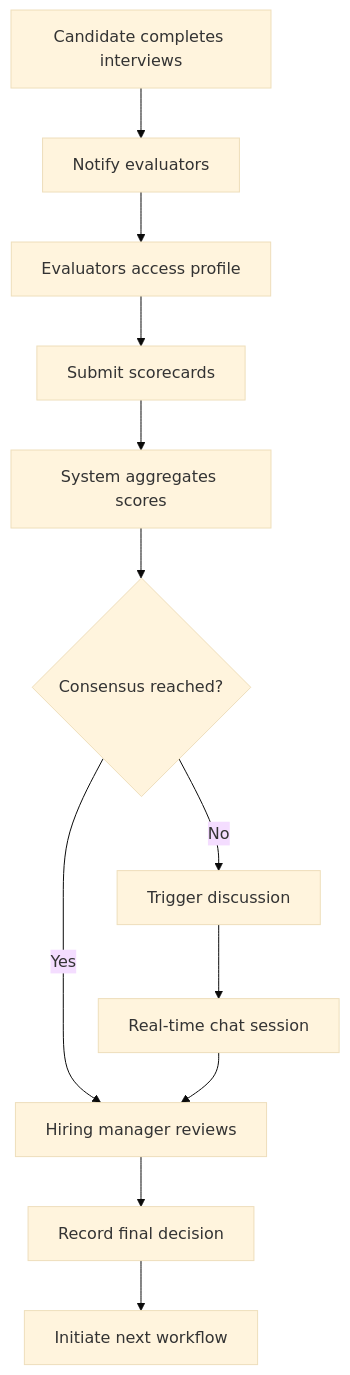
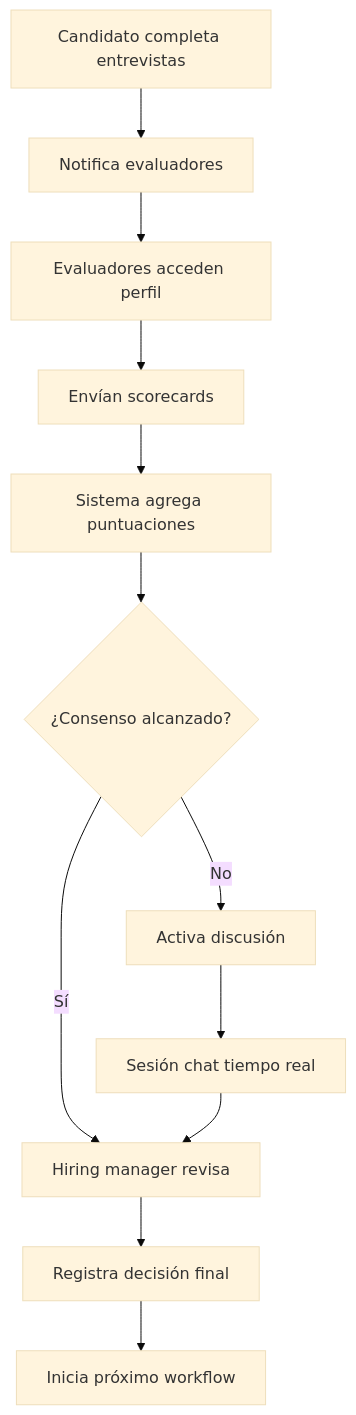
One commit to herman-aukera/AI4Devs-design-1-RO-1 changed the third of 8 diagrams in LTI-GG/LTI-GG.md. Above: the diagram before and after it, drawn with Mermaid (base theme). The commit also changed other lines of this file and 1 other file, not shown here.

First line of the commit message:
docs: finalize academic design exercise for LTI-GG system

````diff
--- a/LTI-GG/LTI-GG.md
+++ b/LTI-GG/LTI-GG.md
@@ -223,14 +193,14 @@
 ```mermaid
 graph TD
-    A[Candidate completes interviews] --> B[Notify evaluators]
-    B --> C[Evaluators access profile]
-    C --> D[Submit scorecards]
-    D --> E[System aggregates scores]
-    E --> F{Consensus reached?}
-    F -->|Yes| G[Hiring manager reviews]
-    F -->|No| H[Trigger discussion]
-    H --> I[Real-time chat session]
+    A[Candidato completa entrevistas] --> B[Notifica evaluadores]
+    B --> C[Evaluadores acceden perfil]
+    C --> D[Envían scorecards]
+    D --> E[Sistema agrega puntuaciones]
+    E --> F{¿Consenso alcanzado?}
+    F -->|Sí| G[Hiring manager revisa]
+    F -->|No| H[Activa discusión]
+    H --> I[Sesión chat tiempo real]
     I --> G
-    G --> J[Record final decision]
-    J --> K[Initiate next workflow]
+    G --> J[Registra decisión final]
+    J --> K[Inicia próximo workflow]
 ```
````
